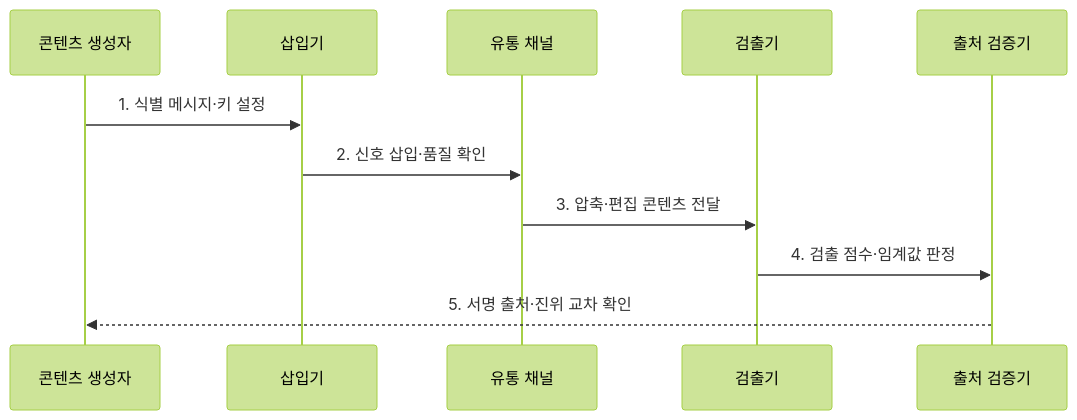
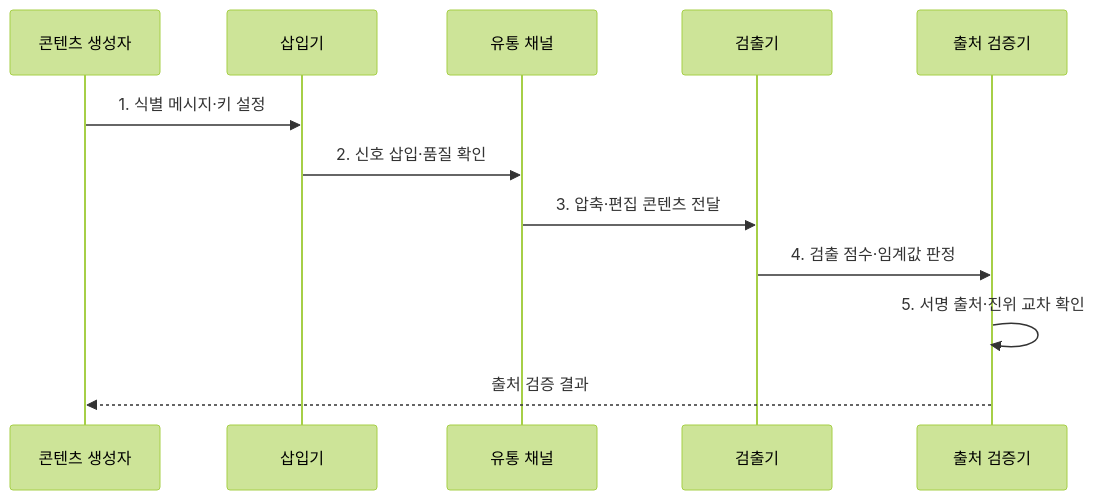
The second of 2 diagrams in src/content/docs/notes/05-security/091_ai_watermarking.md (agnusdei1207/knowledge-base), drawn with Mermaid (forest theme) before and after one commit. The commit also changed other lines of this file and 20 other files, not shown here.

````diff
--- a/src/content/docs/notes/05-security/091_ai_watermarking.md
+++ b/src/content/docs/notes/05-security/091_ai_watermarking.md
@@ -85,13 +85,14 @@
 ```mermaid
 sequenceDiagram
     participant O as 콘텐츠 생성자
     participant I as 삽입기
     participant C as 유통 채널
     participant D as 검출기
     participant V as 출처 검증기
     O->>I: 1. 식별 메시지·키 설정
     I->>C: 2. 신호 삽입·품질 확인
     C->>D: 3. 압축·편집 콘텐츠 전달
     D->>V: 4. 검출 점수·임계값 판정
-    V-->>O: 5. 서명 출처·진위 교차 확인
+    V->>V: 5. 서명 출처·진위 교차 확인
+    V-->>O: 출처 검증 결과
 ```
````
